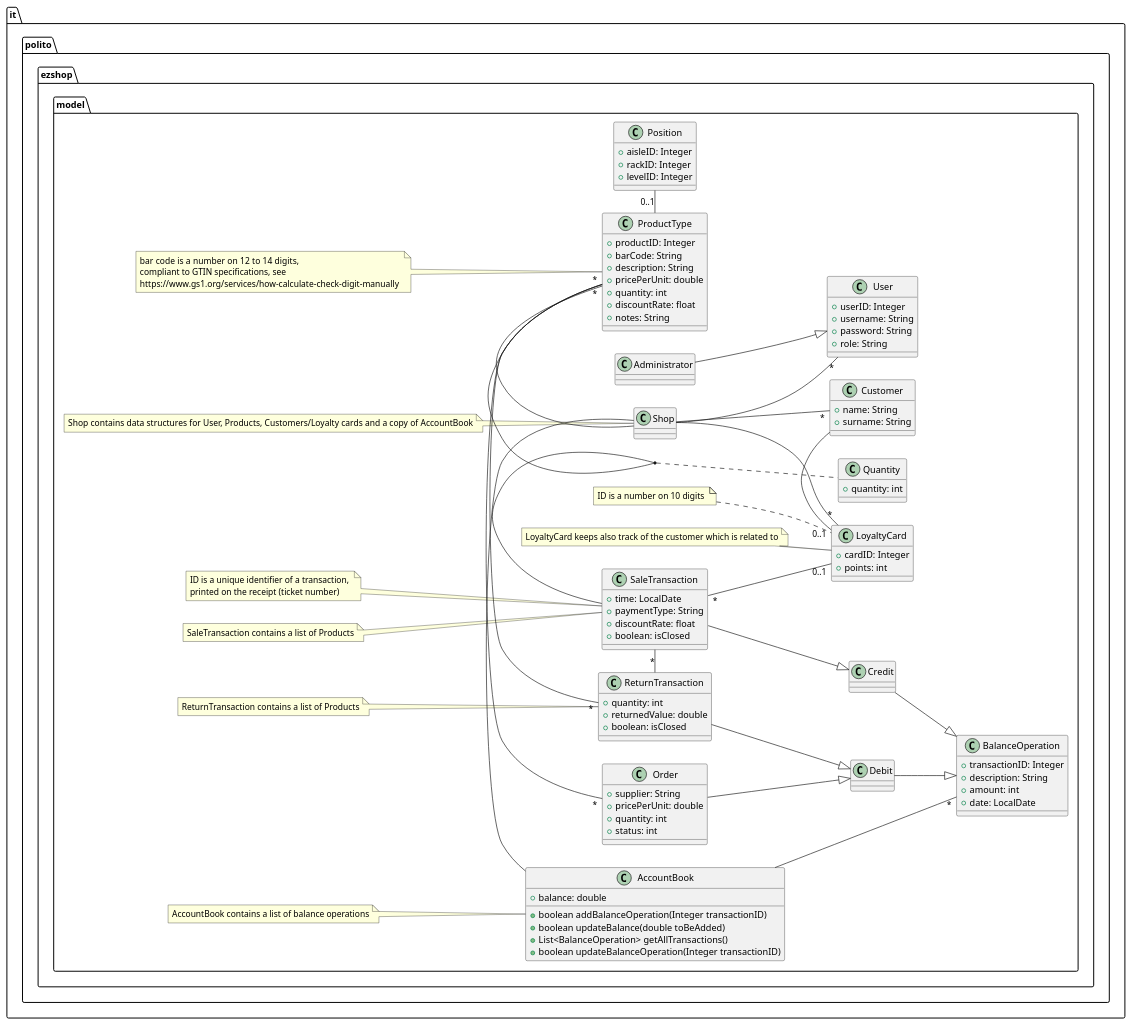
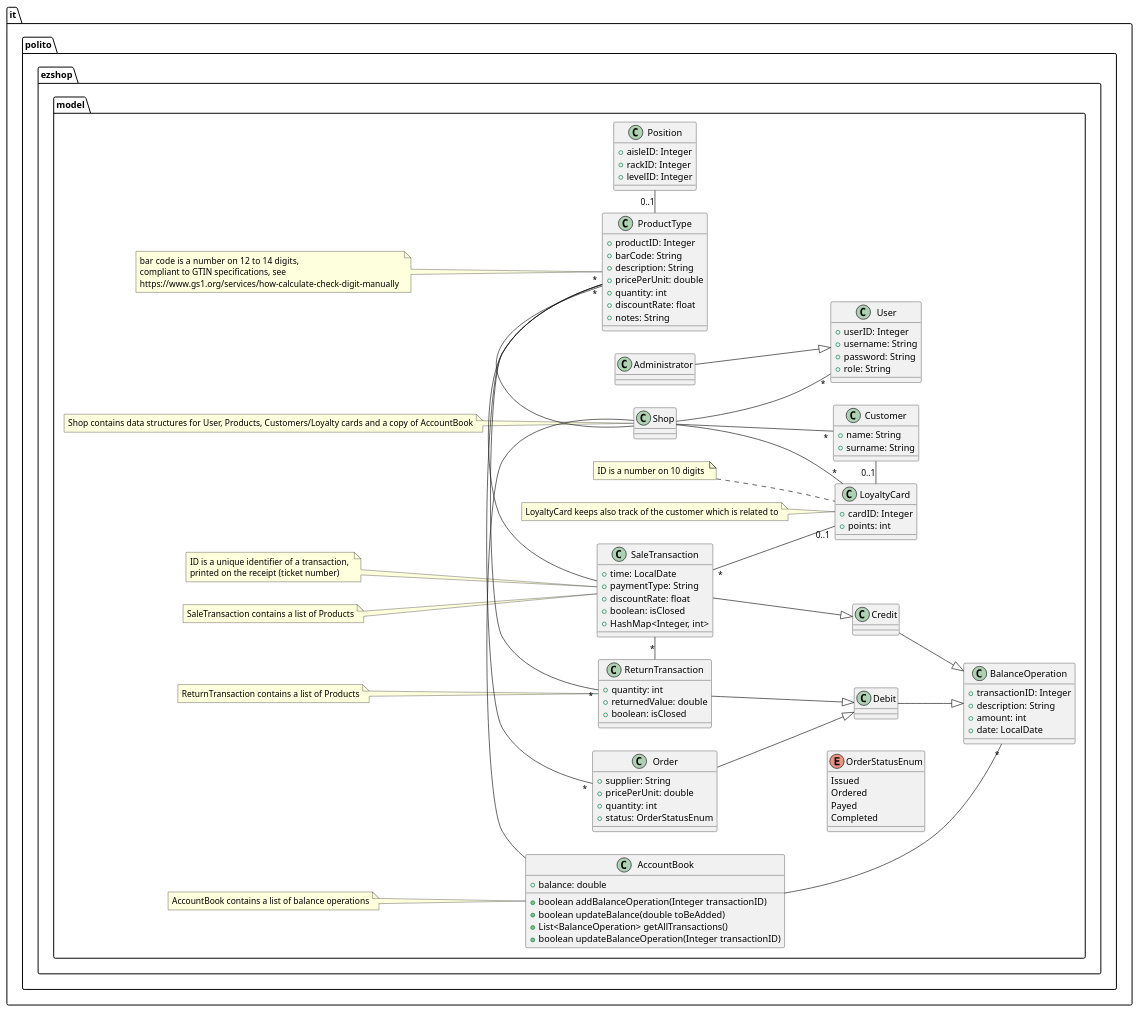
One commit to Stormz4/group20-EzShop changed the third of 24 diagrams in Deliverables/DesignDocument.md. Above: the diagram before and after it, drawn with PlantUML. The commit also changed other lines of this file, not shown here.

Commit message:
Doc: added sequence diagrams for UCs 3 and 4.

```diff
--- a/Deliverables/DesignDocument.md
+++ b/Deliverables/DesignDocument.md
@@ -216,13 +216,9 @@
     +paymentType: String
     +discountRate: float
     +boolean: isClosed
+    +HashMap<Integer, int>
 }
 SaleTransaction - "*" ProductType
-
-class Quantity {
-    +quantity: int
-}
-(SaleTransaction, ProductType)  .. Quantity
 
 class LoyaltyCard {
     +cardID: Integer
@@ -251,10 +247,20 @@
   +supplier: String
   +pricePerUnit: double
   +quantity: int
-  +status: int
+  +status: OrderStatusEnum
 }
 
 Order "*" - ProductType
+
+Enum OrderStatusEnum {
+    Issued
+    Ordered
+    Payed
+    Completed
+}
+
+Order -[hidden]-> OrderStatusEnum
+
 
 class ReturnTransaction {
   +quantity: int
```
